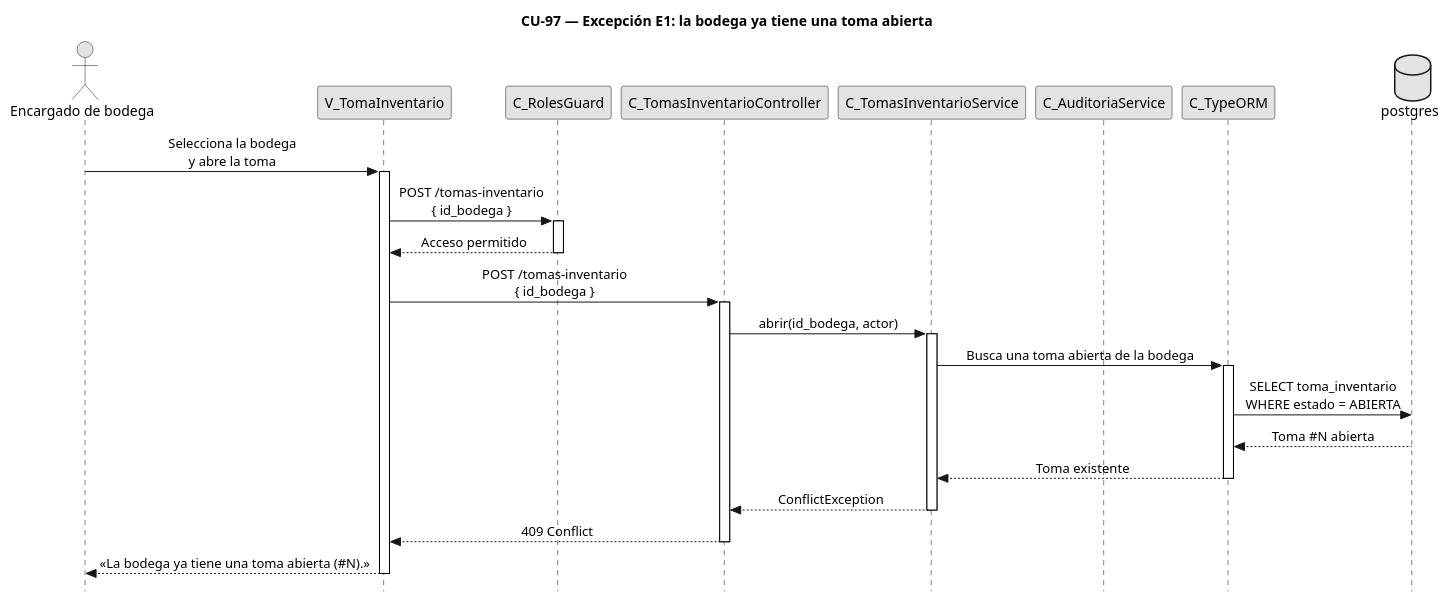
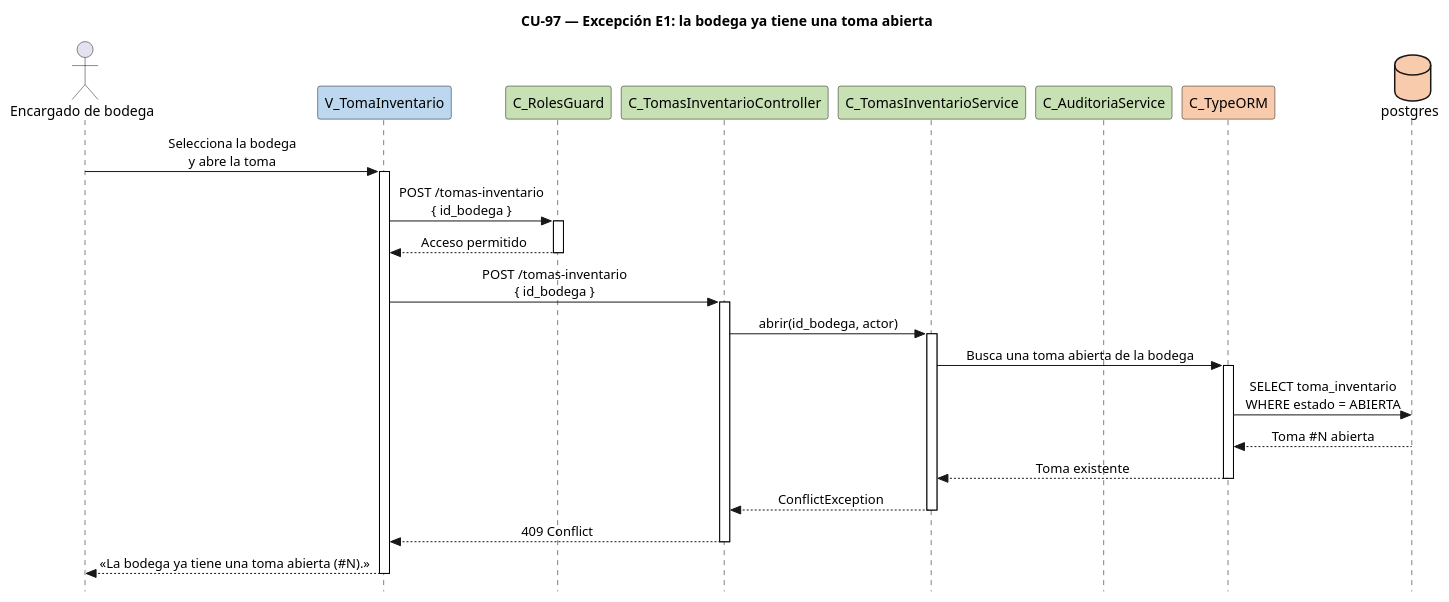
The diagram in diagramas/diagramas-secuencia/CU97/CU97-exc-toma-abierta.puml (FSM-Finet-y-Cable-Magico/Team_1-Inventario-y-Bodega), drawn with PlantUML before and after one commit. The commit also changed 15 other files, not shown here.

Commit message:
feat(CU-99): acta PDF de la toma de inventario

```diff
--- a/diagramas/diagramas-secuencia/CU97/CU97-exc-toma-abierta.puml
+++ b/diagramas/diagramas-secuencia/CU97/CU97-exc-toma-abierta.puml
@@ -1,54 +1,62 @@
 @startuml CU97-exc-toma-abierta
 title CU-97 — Excepción E1: la bodega ya tiene una toma abierta
 skinparam style strictuml
-skinparam monochrome true
 skinparam shadowing false
 skinparam sequenceMessageAlign center
 <style>
 sequenceDiagram {
   participant {
     margin 25
   }
   actor {
     margin 20
   }
 }
 </style>
 skinparam sequence {
   MessageAlign center
   LifeLineBorderColor black
 }
+skinparam participant {
+  BackgroundColor<<vista>> #BDD7EF
+  BackgroundColor<<control>> #C7E1B5
+  BackgroundColor<<persistencia>> #F9CBAD
+}
+skinparam database {
+  BackgroundColor<<persistencia>> #F9CBAD
+}
+hide stereotype
 hide footbox
 
 actor "Encargado de bodega" as user
-participant "V_TomaInventario" as view
-participant "C_RolesGuard" as guard
-participant "C_TomasInventarioController" as ctrl
-participant "C_TomasInventarioService" as svc
-participant "C_AuditoriaService" as aud
-participant "C_TypeORM" as orm
-database "postgres" as db
+participant "V_TomaInventario" as view <<vista>>
+participant "C_RolesGuard" as guard <<control>>
+participant "C_TomasInventarioController" as ctrl <<control>>
+participant "C_TomasInventarioService" as svc <<control>>
+participant "C_AuditoriaService" as aud <<control>>
+participant "C_TypeORM" as orm <<persistencia>>
+database "postgres" as db <<persistencia>>
 
 user -> view : Selecciona la bodega\ny abre la toma
 activate view
 view -> guard : POST /tomas-inventario\n{ id_bodega }
 activate guard
 guard --> view : Acceso permitido
 deactivate guard
 view -> ctrl : POST /tomas-inventario\n{ id_bodega }
 activate ctrl
 ctrl -> svc : abrir(id_bodega, actor)
 activate svc
 svc -> orm : Busca una toma abierta de la bodega
 activate orm
 orm -> db : SELECT toma_inventario\nWHERE estado = ABIERTA
 db --> orm : Toma #N abierta
 orm --> svc : Toma existente
 deactivate orm
 svc --> ctrl : ConflictException
 deactivate svc
 ctrl --> view : 409 Conflict
 deactivate ctrl
 view --> user : «La bodega ya tiene una toma abierta (#N).»
 deactivate view
 @enduml
```
